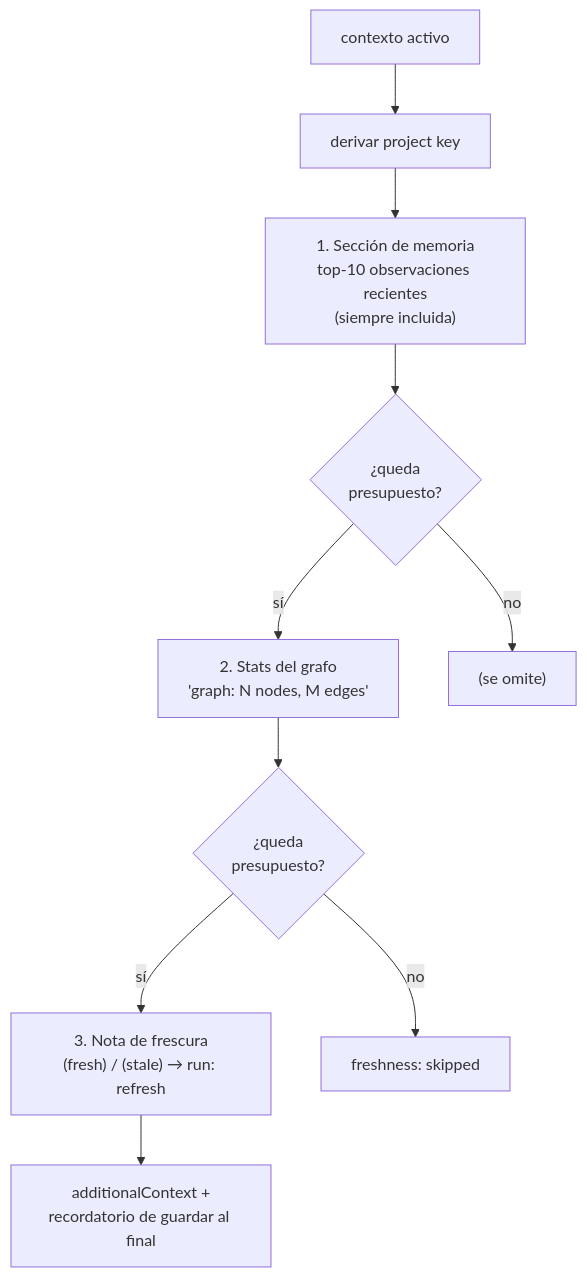
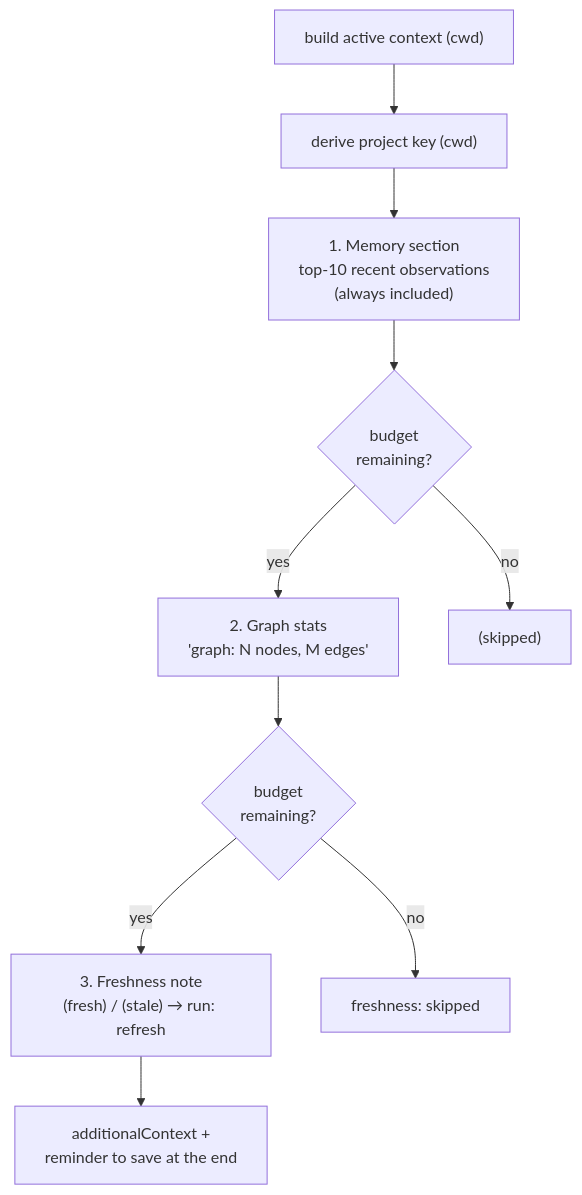
The second of 3 diagrams in docs/concepts/06-hooks-e-inyeccion.md (Kolimar/leina), drawn with Mermaid before and after one commit. The commit also changed other lines of this file and 27 other files, not shown here.

````diff
--- a/docs/concepts/06-hooks-e-inyeccion.md
+++ b/docs/concepts/06-hooks-e-inyeccion.md
@@ -66,12 +67,12 @@
 ```mermaid
 flowchart TD
-    start["contexto activo"] --> key["derivar project key"]
-    key --> mem["1. Sección de memoria<br/>top-10 observaciones recientes<br/>(siempre incluida)"]
-    mem --> budget1{¿queda<br/>presupuesto?}
-    budget1 -->|sí| gstats["2. Stats del grafo<br/>'graph: N nodes, M edges'"]
-    budget1 -->|no| skip1["(se omite)"]
-    gstats --> budget2{¿queda<br/>presupuesto?}
-    budget2 -->|sí| fresh["3. Nota de frescura<br/>(fresh) / (stale) → run: refresh"]
+    start["build active context (cwd)"] --> key["derive project key (cwd)"]
+    key --> mem["1. Memory section<br/>top-10 recent observations<br/>(always included)"]
+    mem --> budget1{budget<br/>remaining?}
+    budget1 -->|yes| gstats["2. Graph stats<br/>'graph: N nodes, M edges'"]
+    budget1 -->|no| skip1["(skipped)"]
+    gstats --> budget2{budget<br/>remaining?}
+    budget2 -->|yes| fresh["3. Freshness note<br/>(fresh) / (stale) → run: refresh"]
     budget2 -->|no| skip2["freshness: skipped"]
-    fresh --> out["additionalContext +<br/>recordatorio de guardar al final"]
+    fresh --> out["additionalContext +<br/>reminder to save at the end"]
 ```
````
